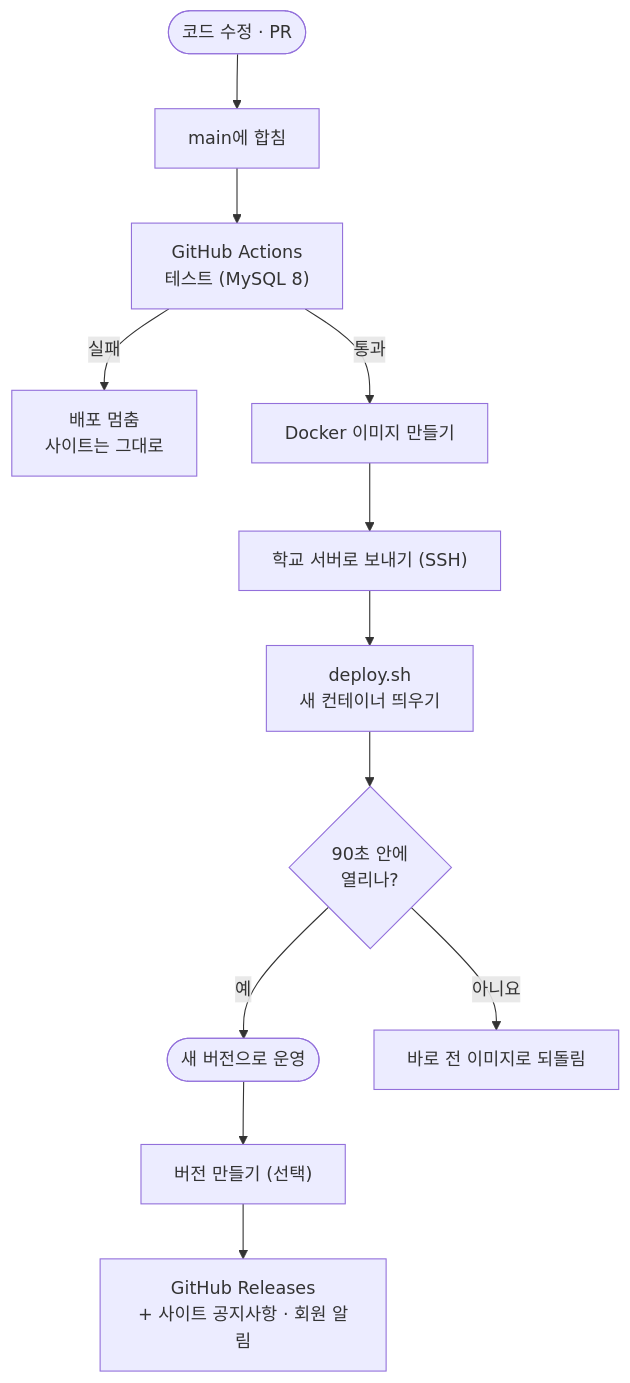
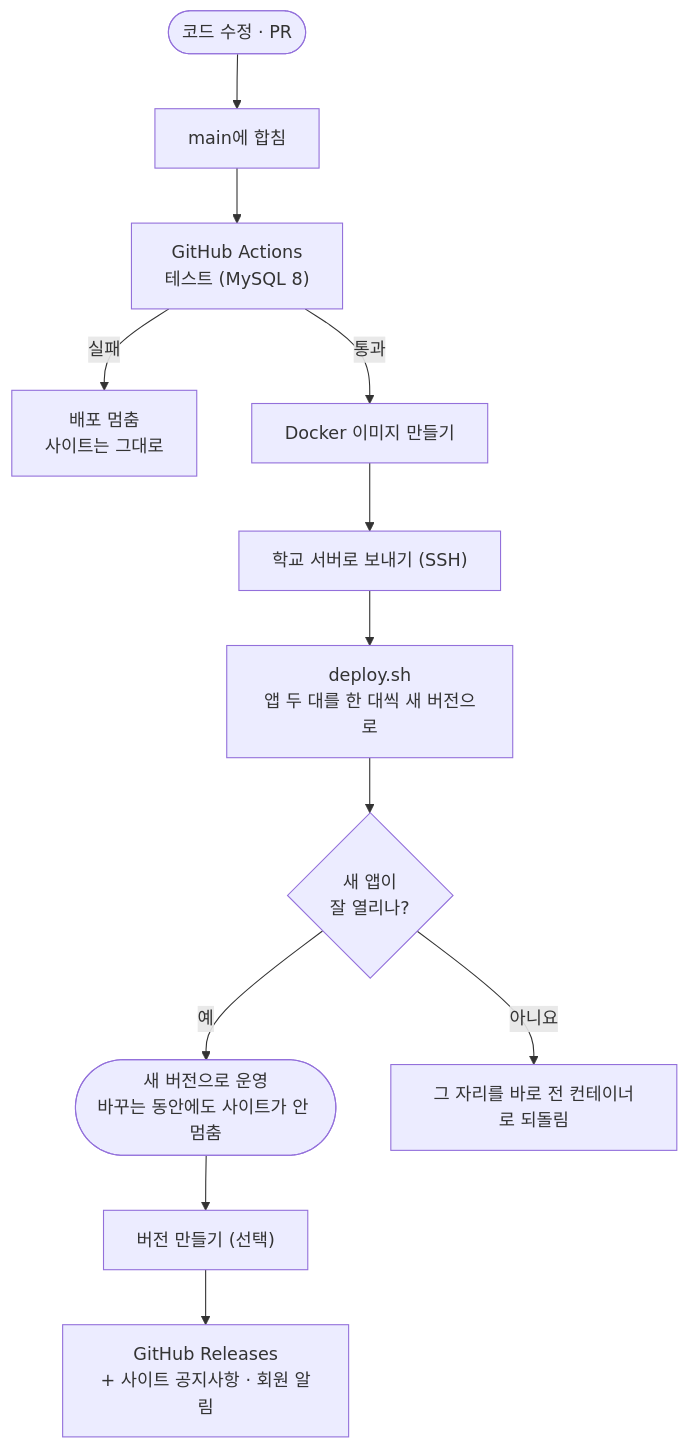
One commit to blogNM/.github changed the second of 5 diagrams in profile/README.md. Above: the diagram before and after it, drawn with Mermaid. The commit also changed other lines of this file and 1 other file, not shown here.

````diff
--- a/profile/README.md
+++ b/profile/README.md
@@ -82,14 +84,14 @@
 ```mermaid
 flowchart TD
     A(["코드 수정 · PR"]) --> B["main에 합침"]
     B --> C["GitHub Actions<br/>테스트 (MySQL 8)"]
     C -- 실패 --> Z["배포 멈춤<br/>사이트는 그대로"]
     C -- 통과 --> D["Docker 이미지 만들기"]
     D --> E["학교 서버로 보내기 (SSH)"]
-    E --> F["deploy.sh<br/>새 컨테이너 띄우기"]
-    F --> G{"90초 안에<br/>열리나?"}
-    G -- 예 --> H(["새 버전으로 운영"])
-    G -- 아니요 --> I["바로 전 이미지로 되돌림"]
+    E --> F["deploy.sh<br/>앱 두 대를 한 대씩 새 버전으로"]
+    F --> G{"새 앱이<br/>잘 열리나?"}
+    G -- 예 --> H(["새 버전으로 운영<br/>바꾸는 동안에도 사이트가 안 멈춤"])
+    G -- 아니요 --> I["그 자리를 바로 전 컨테이너로 되돌림"]
     H --> J["버전 만들기 (선택)"]
     J --> K["GitHub Releases<br/>+ 사이트 공지사항 · 회원 알림"]
 ```
````
